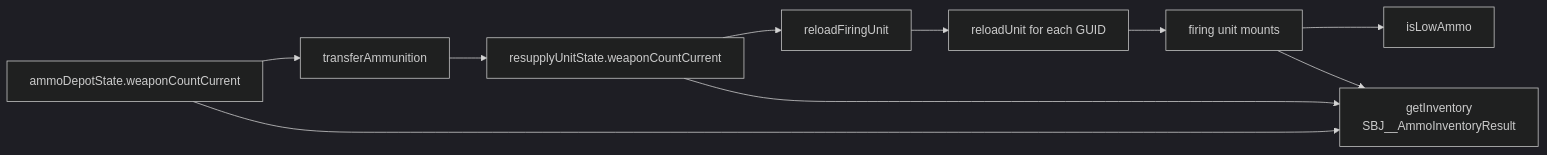
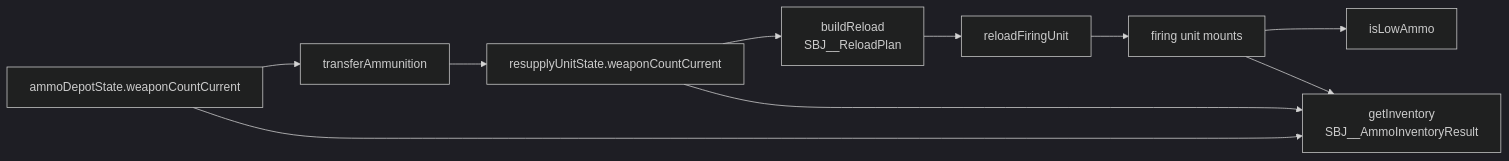
One commit to pullupjumper/formosa-in-flames changed the diagram in docs/missileSystem/ammo.md. Above: the diagram before and after it, drawn with Mermaid (dark theme). The commit also changed other lines of this file and 17 other files, not shown here.

````diff
--- a/docs/missileSystem/ammo.md
+++ b/docs/missileSystem/ammo.md
@@ -30,15 +30,15 @@
 ```mermaid
 flowchart LR
     AD[ammoDepotState.weaponCountCurrent] --> TA[transferAmmunition]
     TA --> RU[resupplyUnitState.weaponCountCurrent]
 
-    RU --> RF[reloadFiringUnit]
-    RF --> R1[reloadUnit for each GUID]
-    R1 --> TEL[firing unit mounts]
+    RU --> BR[buildReload<br>SBJ__ReloadPlan]
+    BR --> RF[reloadFiringUnit]
+    RF --> TEL[firing unit mounts]
 
     TEL --> LA[isLowAmmo]
 
     AD --> INV
     RU --> INV
     TEL --> INV[getInventory<br>SBJ__AmmoInventoryResult]
 ```
````
